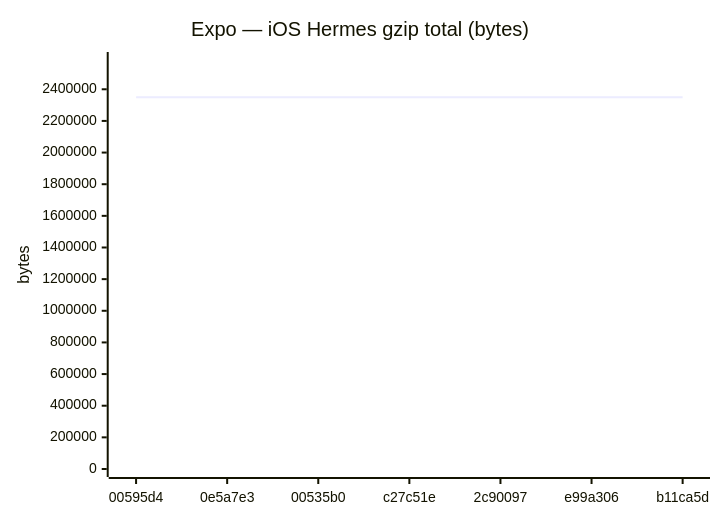
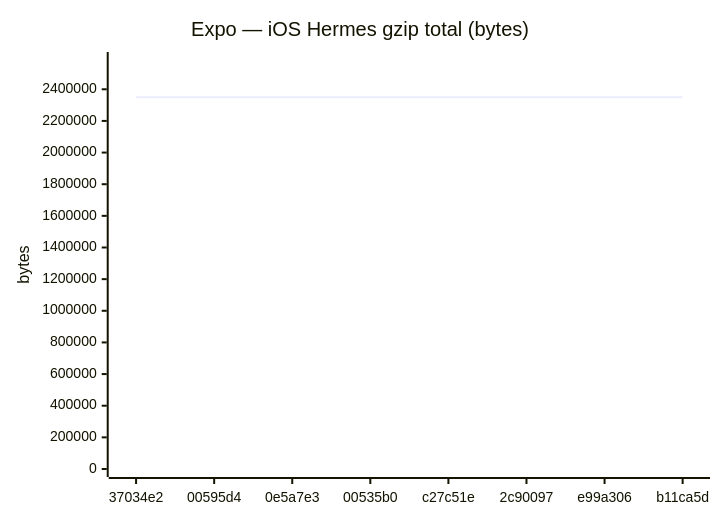
The eighth of 24 diagrams in benchmarks/compare.md (Metaheurist/Rianell), drawn with Mermaid before and after one commit. The commit also changed other lines of this file and 12 other files, not shown here.

````diff
--- a/benchmarks/compare.md
+++ b/benchmarks/compare.md
@@ -111,7 +115,7 @@
 ```mermaid
 xychart-beta
     title "Expo — iOS Hermes gzip total (bytes)"
-    x-axis ["00595d4", "0e5a7e3", "00535b0", "c27c51e", "2c90097", "e99a306", "b11ca5d"]
+    x-axis ["37034e2", "00595d4", "0e5a7e3", "00535b0", "c27c51e", "2c90097", "e99a306", "b11ca5d"]
     y-axis "bytes" 0 --> 2585051
-    line [2350046, 2350041, 2349868, 2349864, 2349868, 2349869, 2349865]
+    line [2350043, 2350046, 2350041, 2349868, 2349864, 2349868, 2349869, 2349865]
 ```
````
